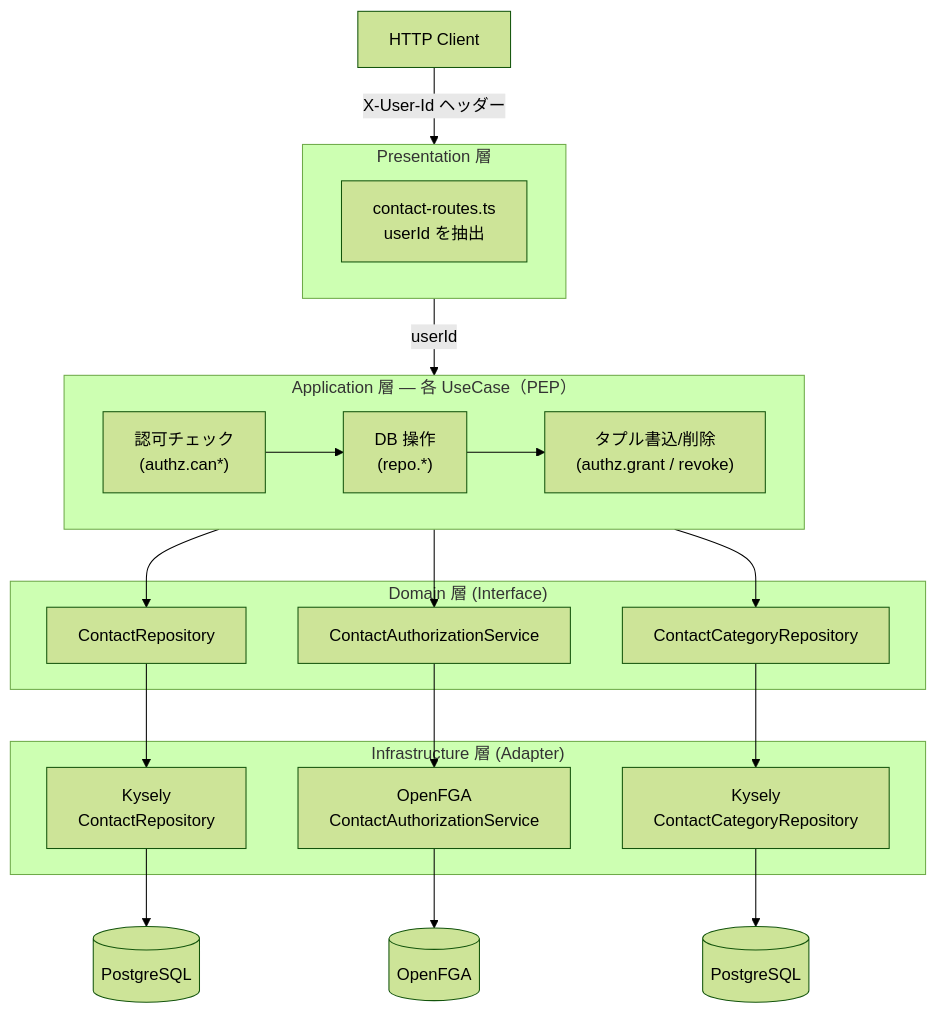
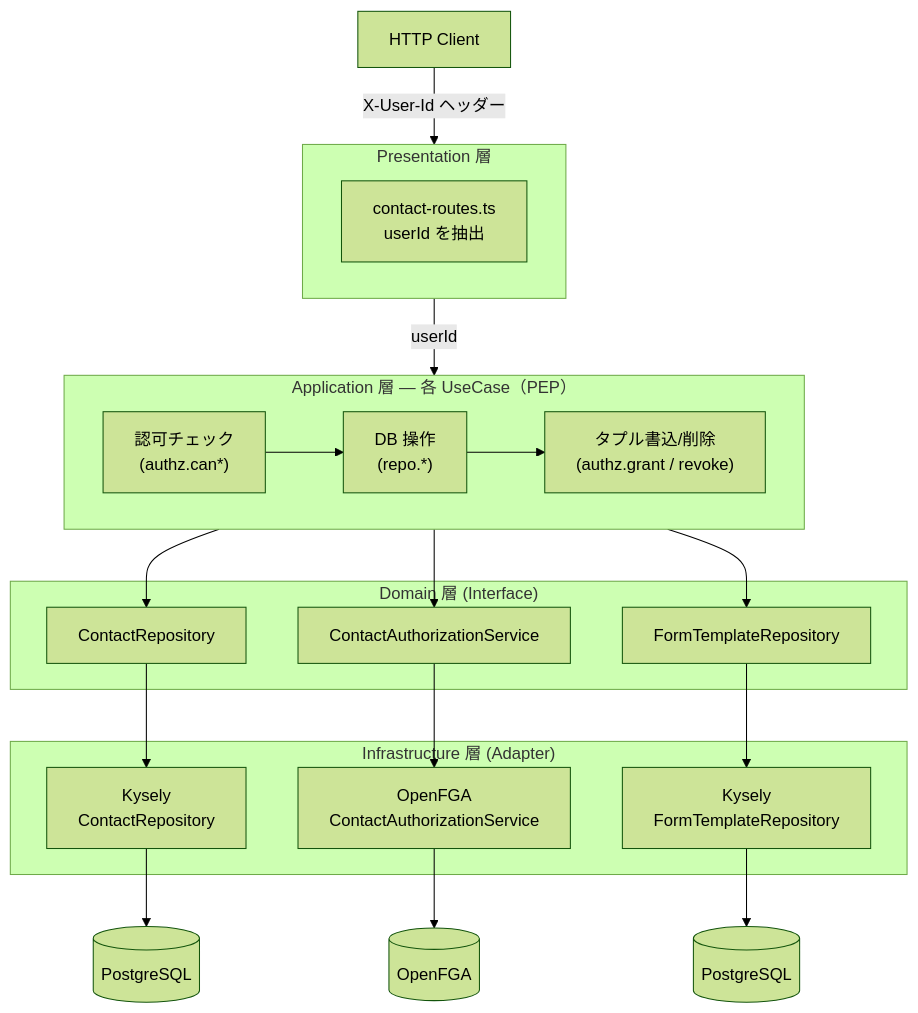
The first of 2 diagrams in docs/authorization.md (uraitakahito/contact-api), drawn with Mermaid (forest theme) before and after one commit. The commit also changed other lines of this file and 1 other file, not shown here.

````diff
--- a/docs/authorization.md
+++ b/docs/authorization.md
@@ -9,40 +9,40 @@
 ```mermaid
 graph TD
     Client["HTTP Client"]
     Client -- "X-User-Id ヘッダー" --> Presentation
 
     subgraph Presentation["Presentation 層"]
         Routes["contact-routes.ts<br/>userId を抽出"]
     end
 
     Presentation -- "userId" --> Application
 
     subgraph Application["Application 層 — 各 UseCase（PEP）"]
         AuthzCheck["認可チェック<br/>(authz.can*)"]
         DbOp["DB 操作<br/>(repo.*)"]
         TupleOp["タプル書込/削除<br/>(authz.grant / revoke)"]
         AuthzCheck --> DbOp --> TupleOp
     end
 
-    Application --> PortRepo & PortAuthz & PortCat
+    Application --> PortRepo & PortAuthz & PortTpl
 
     subgraph Domain["Domain 層 (Interface)"]
         PortRepo["ContactRepository"]
         PortAuthz["ContactAuthorizationService"]
-        PortCat["ContactCategoryRepository"]
+        PortTpl["FormTemplateRepository"]
     end
 
     PortRepo --> AdapterRepo
     PortAuthz --> AdapterAuthz
-    PortCat --> AdapterCat
+    PortTpl --> AdapterTpl
 
     subgraph Infra["Infrastructure 層 (Adapter)"]
         AdapterRepo["Kysely<br/>ContactRepository"]
         AdapterAuthz["OpenFGA<br/>ContactAuthorizationService"]
-        AdapterCat["Kysely<br/>ContactCategoryRepository"]
+        AdapterTpl["Kysely<br/>FormTemplateRepository"]
     end
 
     AdapterRepo --> PostgreSQL1[("PostgreSQL")]
     AdapterAuthz --> OpenFGA[("OpenFGA")]
-    AdapterCat --> PostgreSQL2[("PostgreSQL")]
+    AdapterTpl --> PostgreSQL2[("PostgreSQL")]
 ```
````
